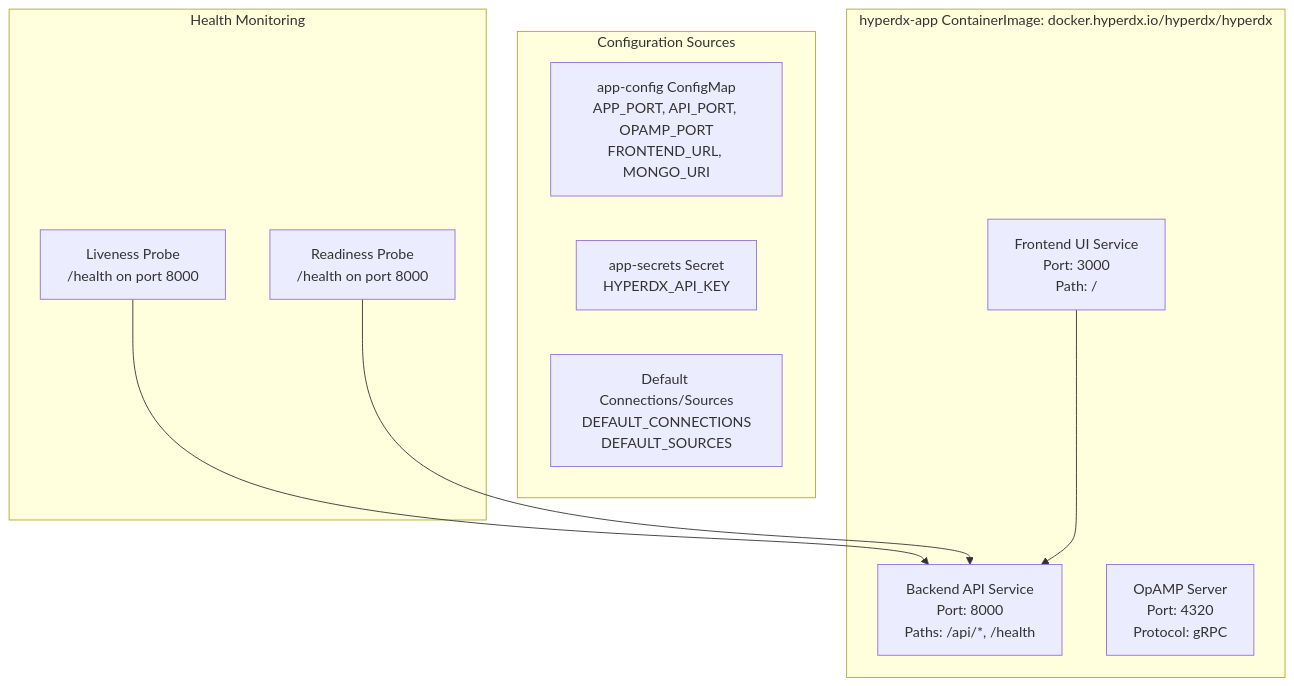
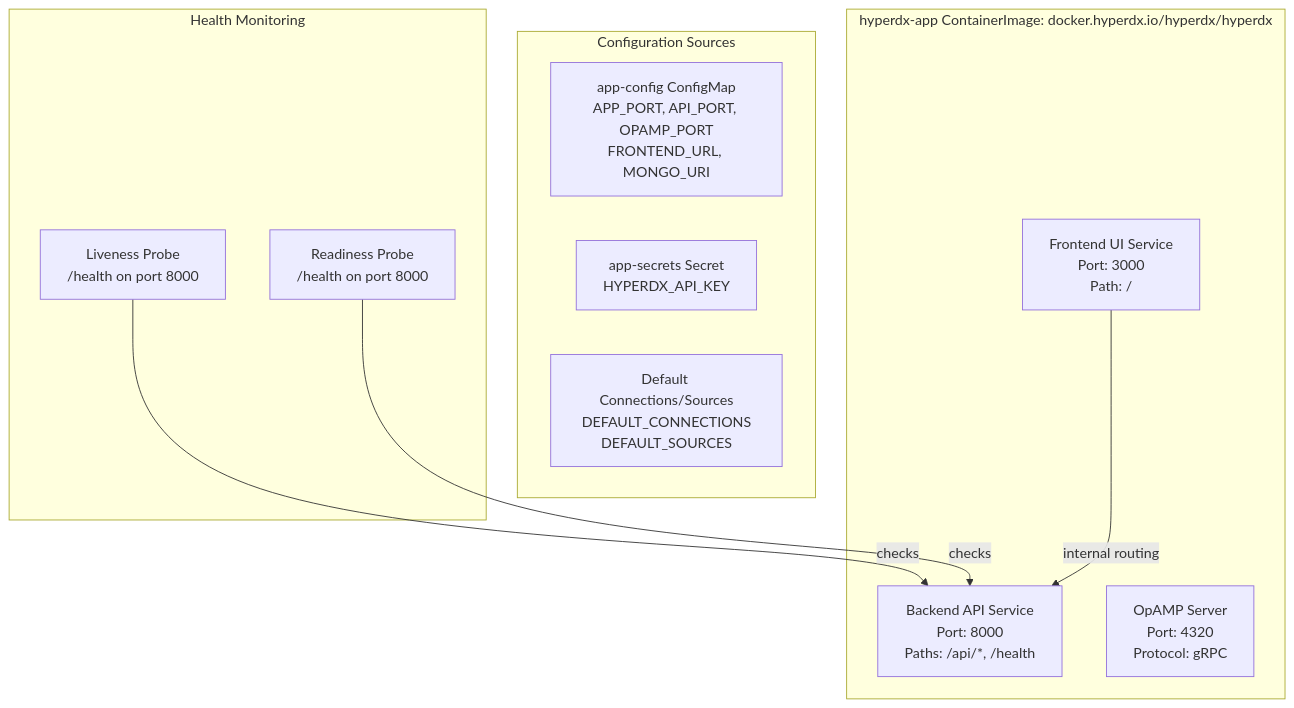
One commit to openchoreo/openchoreo changed the first of 5 diagrams in docs/hyperdxio-helm-charts-docs/HyperDX-Application.md. Above: the diagram before and after it, drawn with Mermaid. The commit also changed other lines of this file and 85 other files, not shown here.

Commit message:
feat: Add new workflow and specification templates, update Helm chart dependencies, and clarify documentation diagrams.

````diff
--- a/docs/hyperdxio-helm-charts-docs/HyperDX-Application.md
+++ b/docs/hyperdxio-helm-charts-docs/HyperDX-Application.md
@@ -18,33 +18,33 @@
 ```mermaid
 flowchart TD
 
 UI["Frontend UI Service<br>Port: 3000<br>Path: /"]
 API["Backend API Service<br>Port: 8000<br>Paths: /api/*, /health"]
 OpAMP["OpAMP Server<br>Port: 4320<br>Protocol: gRPC"]
 ConfigMap["app-config ConfigMap<br>APP_PORT, API_PORT, OPAMP_PORT<br>FRONTEND_URL, MONGO_URI"]
 Secret["app-secrets Secret<br>HYPERDX_API_KEY"]
 DefaultConfig["Default Connections/Sources<br>DEFAULT_CONNECTIONS<br>DEFAULT_SOURCES"]
 Liveness["Liveness Probe<br>/health on port 8000"]
 Readiness["Readiness Probe<br>/health on port 8000"]
 
-Liveness --> API
-Readiness --> API
+Liveness -->|"checks"| API
+Readiness -->|"checks"| API
 
 subgraph Probes ["Health Monitoring"]
     Liveness
     Readiness
 end
 
 subgraph Config ["Configuration Sources"]
     ConfigMap
     Secret
     DefaultConfig
 end
 
 subgraph Container ["hyperdx-app ContainerImage: docker.hyperdx.io/hyperdx/hyperdx"]
     UI
     API
     OpAMP
-    UI --> API
+    UI -->|"internal routing"| API
 end
 ```
````
